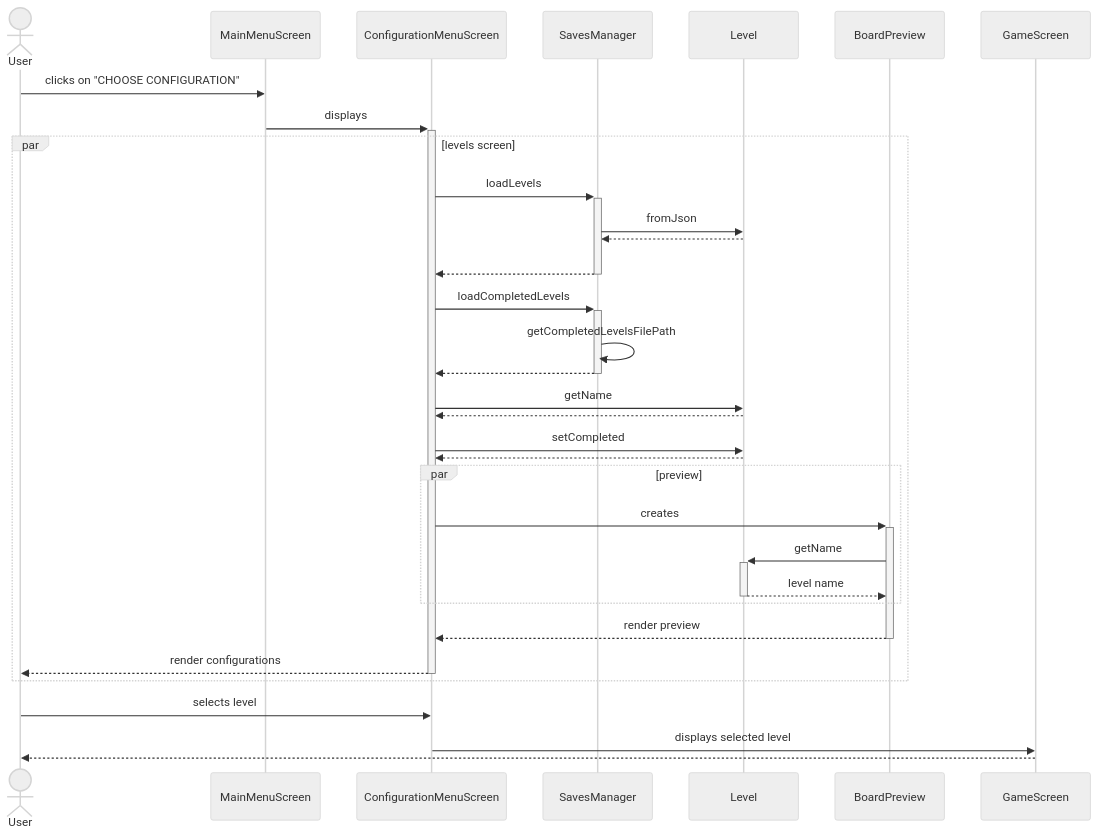
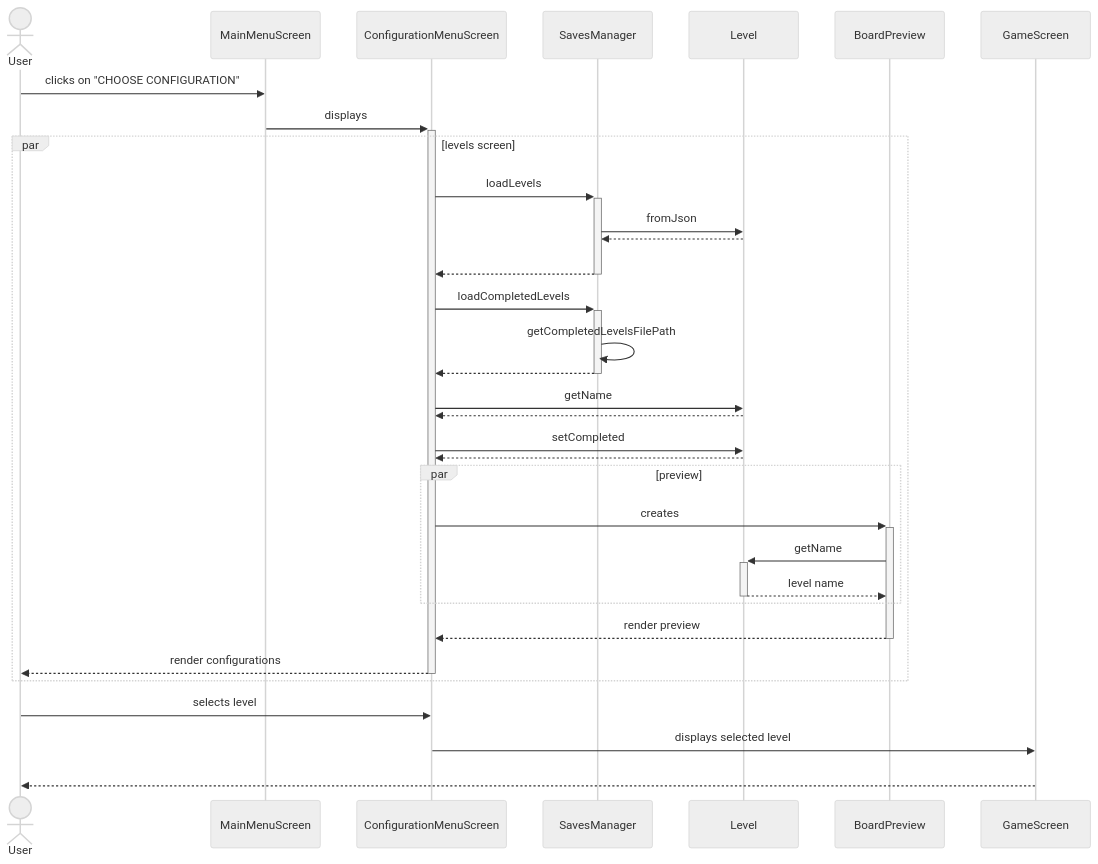
Before and after one commit to BIRSAx2/klotski: the fifth of 14 diagrams in docs/sequence_diagram/index.md, drawn with Mermaid (neutral theme). The commit also changed other lines of this file, not shown here.

````diff
--- a/docs/sequence_diagram/index.md
+++ b/docs/sequence_diagram/index.md
@@ -151,41 +151,41 @@
 ```mermaid
 sequenceDiagram
     actor User
     participant MainMenuScreen
     participant ConfigurationMenuScreen
     participant SavesManager
     participant Level
     participant BoardPreview
     participant GameScreen
 
     User ->> MainMenuScreen: clicks on "CHOOSE CONFIGURATION"
 
     MainMenuScreen ->>+ ConfigurationMenuScreen: displays
     par levels screen
         ConfigurationMenuScreen ->>+ SavesManager: loadLevels
         SavesManager ->> Level: fromJson
         Level -->> SavesManager: 
         SavesManager -->>- ConfigurationMenuScreen: #32;
         ConfigurationMenuScreen ->>+ SavesManager: loadCompletedLevels
         SavesManager ->> SavesManager: getCompletedLevelsFilePath
         SavesManager -->>- ConfigurationMenuScreen: 
 
         ConfigurationMenuScreen ->> Level: getName
         Level -->> ConfigurationMenuScreen:  
 
         ConfigurationMenuScreen ->> Level: setCompleted
         Level -->> ConfigurationMenuScreen:  
 
         par preview
             ConfigurationMenuScreen ->>+ BoardPreview: creates
             BoardPreview ->>+ Level: getName
             Level -->>- BoardPreview: level name
         end
         BoardPreview -->>- ConfigurationMenuScreen: render preview
         ConfigurationMenuScreen -->>- User: render configurations
     end
 
     User ->> ConfigurationMenuScreen: selects level
     ConfigurationMenuScreen ->> GameScreen: displays selected level
-    GameScreen -->> User: 
+    GameScreen -->> User: #32;
 ```
````
